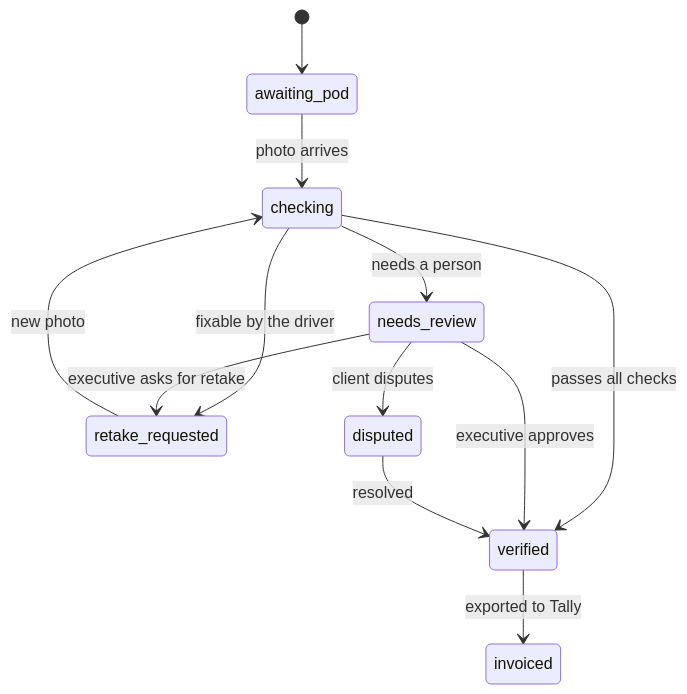
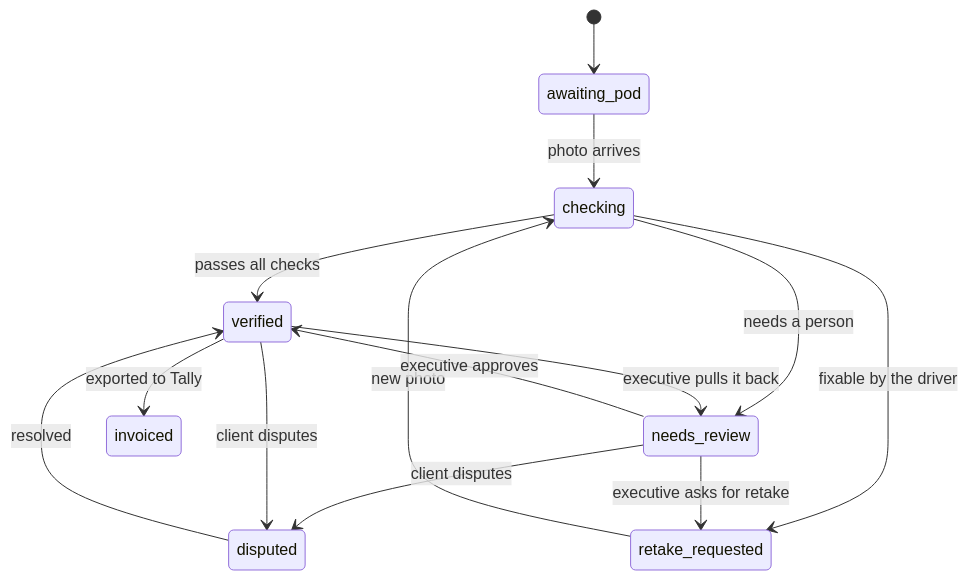
One commit to MdAamirG/landed changed the diagram in docs/data-model.md. Above: the diagram before and after it, drawn with Mermaid. The commit also changed other lines of this file and 2 other files, not shown here.

````diff
--- a/docs/data-model.md
+++ b/docs/data-model.md
@@ -22,14 +26,16 @@
 ```mermaid
 stateDiagram-v2
     [*] --> awaiting_pod
     awaiting_pod --> checking: photo arrives
     checking --> verified: passes all checks
     checking --> retake_requested: fixable by the driver
     checking --> needs_review: needs a person
     retake_requested --> checking: new photo
     needs_review --> verified: executive approves
     needs_review --> retake_requested: executive asks for retake
     needs_review --> disputed: client disputes
     disputed --> verified: resolved
+    verified --> needs_review: executive pulls it back
+    verified --> disputed: client disputes
     verified --> invoiced: exported to Tally
 ```
````
